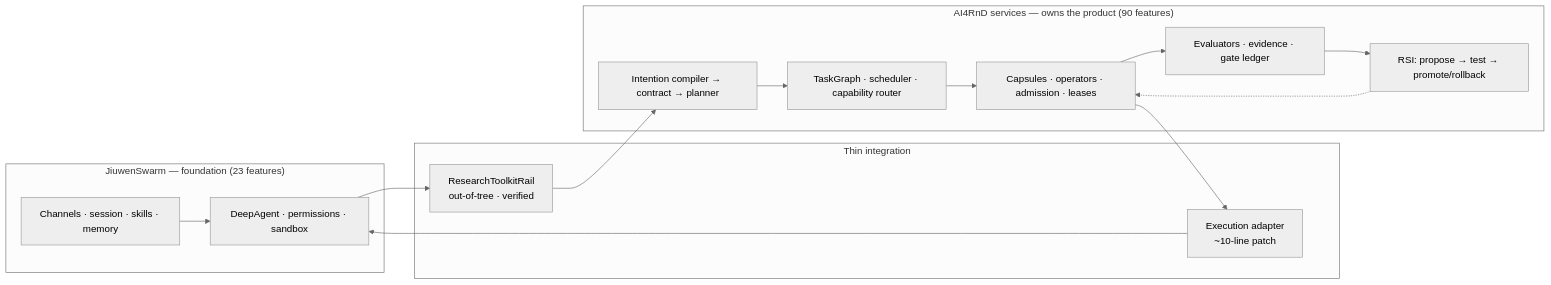
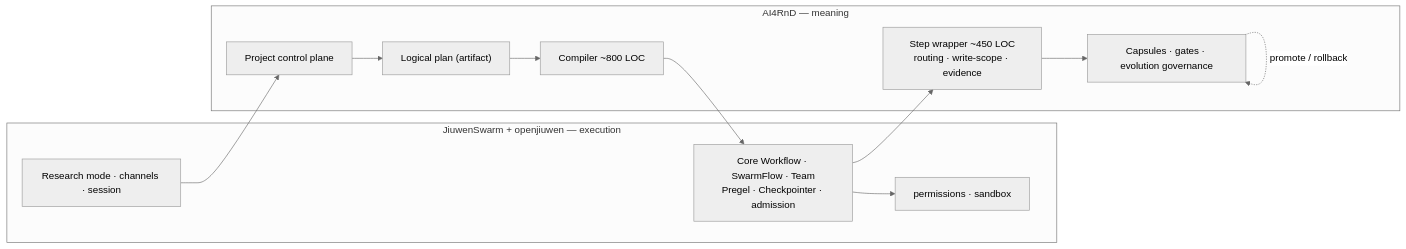
Before and after one commit to suraj-subrahmanyan/jiuwenswarm: the diagram in docs/analysis/ai4rnd-jiuwenswarm/README.md, drawn with Mermaid (neutral theme). The commit also changed other lines of this file and 14 other files, not shown here.

First line of the commit message:
docs(analysis): reopen architecture decision after openjiuwen mechanism inventory

````diff
--- a/docs/analysis/ai4rnd-jiuwenswarm/README.md
+++ b/docs/analysis/ai4rnd-jiuwenswarm/README.md
@@ -155,22 +116,19 @@
 ```mermaid
 flowchart LR
-    subgraph JW["JiuwenSwarm — foundation (23 features)"]
-        CH["Channels · session · skills · memory"]
-        EX["DeepAgent · permissions · sandbox"]
+    subgraph JW["JiuwenSwarm + openjiuwen — execution"]
+        M["Research mode · channels · session"]
+        E["Core Workflow · SwarmFlow · Team<br/>Pregel · Checkpointer · admission"]
+        P["permissions · sandbox"]
     end
-    subgraph GL["Thin integration"]
-        RL["ResearchToolkitRail<br/>out-of-tree · verified"]
-        AD["Execution adapter<br/>~10-line patch"]
+    subgraph AI["AI4RnD — meaning"]
+        PR["Project control plane"]
+        PL["Logical plan (artifact)"]
+        CO["Compiler ~800 LOC"]
+        WR["Step wrapper ~450 LOC<br/>routing · write-scope · evidence"]
+        GV["Capsules · gates · evolution governance"]
     end
-    subgraph AI["AI4RnD services — owns the product (90 features)"]
-        CO["Intention compiler → contract → planner"]
-        SC["TaskGraph · scheduler · capability router"]
-        CP["Capsules · operators · admission · leases"]
-        EV["Evaluators · evidence · gate ledger"]
-        RS["RSI: propose → test → promote/rollback"]
-    end
-    CH --> EX --> RL --> CO --> SC --> CP
-    CP --> AD --> EX
-    CP --> EV --> RS
-    RS -.-> CP
+    M --> PR --> PL --> CO --> E
+    E --> WR --> GV
+    E --> P
+    GV -.->|promote / rollback| GV
 ```
````
